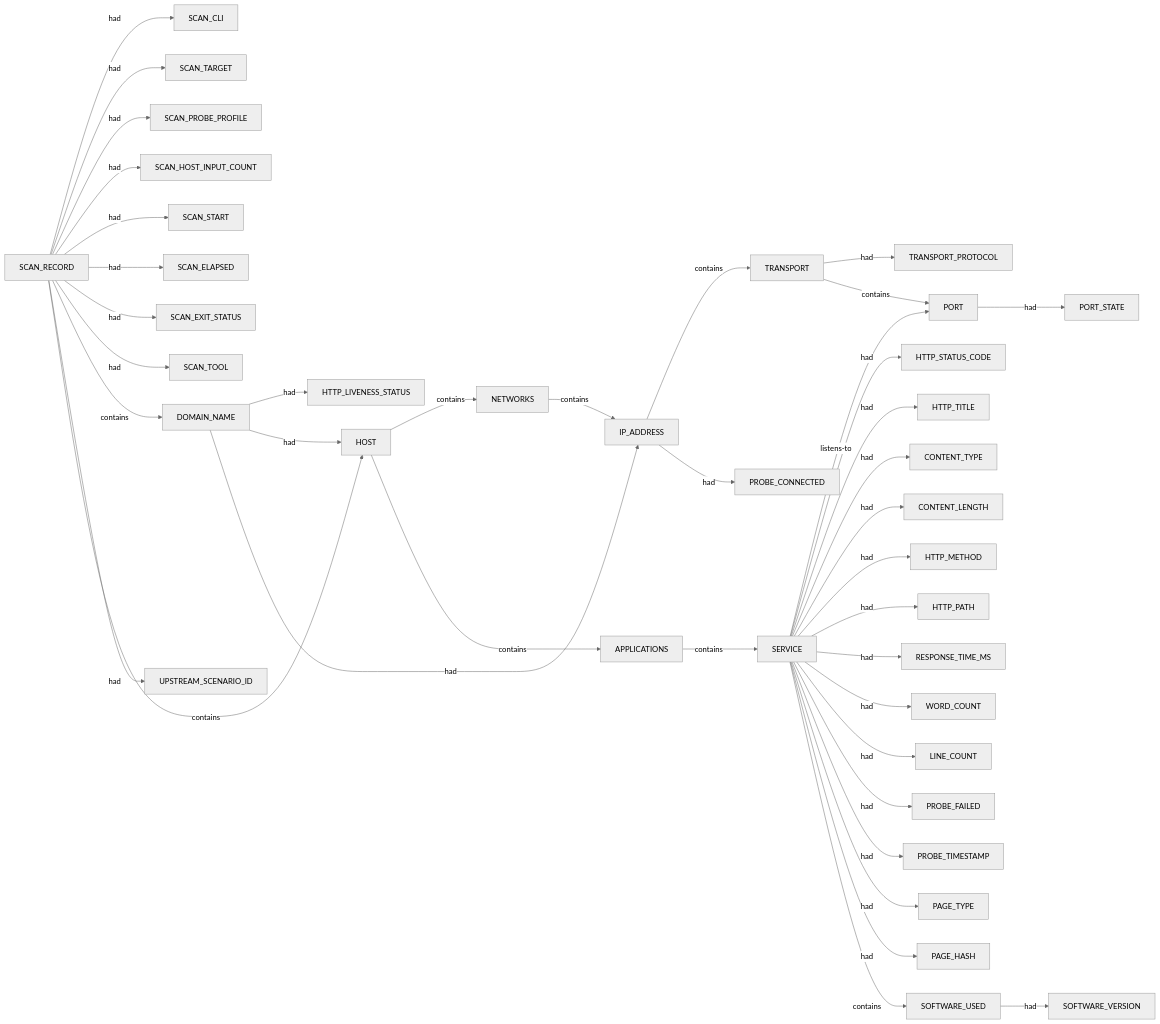
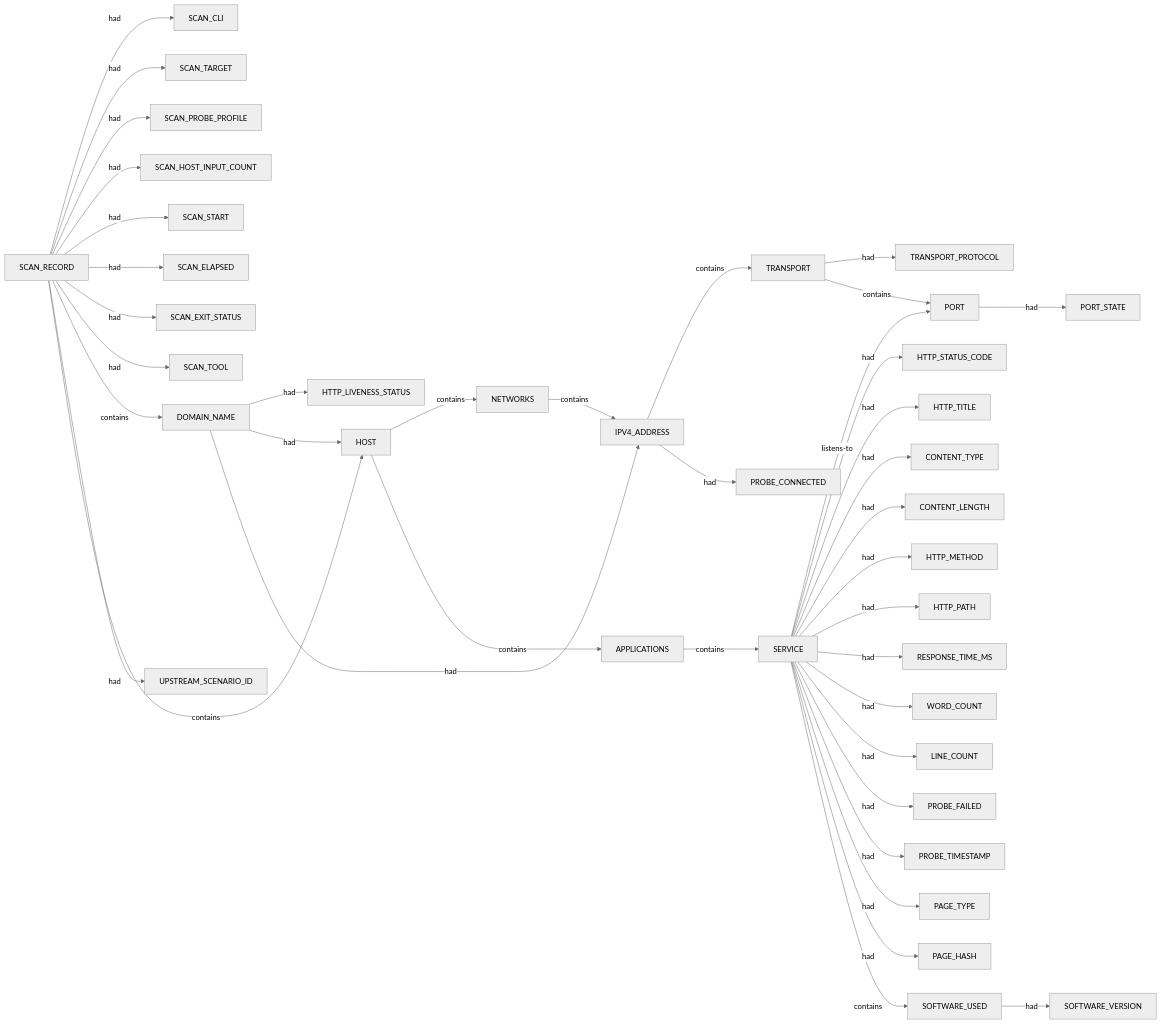
Before and after one commit to brettforbes/spiderfeet: the diagram in .docs/docs-for-cli-tools/nugget_structure/httpx_from_subfinder_vcof_sparse_proposed_nuggets_edges_description.md, drawn with Mermaid (neutral theme). The commit also changed other lines of this file and 170 other files, not shown here.

````diff
--- a/.docs/docs-for-cli-tools/nugget_structure/httpx_from_subfinder_vcof_sparse_proposed_nuggets_edges_description.md
+++ b/.docs/docs-for-cli-tools/nugget_structure/httpx_from_subfinder_vcof_sparse_proposed_nuggets_edges_description.md
@@ -13,42 +13,42 @@
 ```mermaid
 flowchart LR
   SCAN_RECORD -->|had| SCAN_CLI
   SCAN_RECORD -->|had| SCAN_TARGET
   SCAN_RECORD -->|had| SCAN_PROBE_PROFILE
   SCAN_RECORD -->|had| SCAN_HOST_INPUT_COUNT
   SCAN_RECORD -->|had| SCAN_START
   SCAN_RECORD -->|had| SCAN_ELAPSED
   SCAN_RECORD -->|had| SCAN_EXIT_STATUS
   SCAN_RECORD -->|had| SCAN_TOOL
   SCAN_RECORD -->|contains| DOMAIN_NAME
   SCAN_RECORD -->|had| UPSTREAM_SCENARIO_ID
   DOMAIN_NAME -->|had| HTTP_LIVENESS_STATUS
   SCAN_RECORD -->|contains| HOST
   DOMAIN_NAME -->|had| HOST
   HOST -->|contains| NETWORKS
-  NETWORKS -->|contains| IP_ADDRESS
-  IP_ADDRESS -->|contains| TRANSPORT
+  NETWORKS -->|contains| IPV4_ADDRESS
+  IPV4_ADDRESS -->|contains| TRANSPORT
   TRANSPORT -->|had| TRANSPORT_PROTOCOL
   TRANSPORT -->|contains| PORT
   PORT -->|had| PORT_STATE
   HOST -->|contains| APPLICATIONS
   APPLICATIONS -->|contains| SERVICE
   SERVICE -->|listens-to| PORT
   SERVICE -->|had| HTTP_STATUS_CODE
   SERVICE -->|had| HTTP_TITLE
   SERVICE -->|had| CONTENT_TYPE
   SERVICE -->|had| CONTENT_LENGTH
   SERVICE -->|had| HTTP_METHOD
   SERVICE -->|had| HTTP_PATH
   SERVICE -->|had| RESPONSE_TIME_MS
   SERVICE -->|had| WORD_COUNT
   SERVICE -->|had| LINE_COUNT
   SERVICE -->|had| PROBE_FAILED
   SERVICE -->|had| PROBE_TIMESTAMP
   SERVICE -->|had| PAGE_TYPE
   SERVICE -->|had| PAGE_HASH
   SERVICE -->|contains| SOFTWARE_USED
   SOFTWARE_USED -->|had| SOFTWARE_VERSION
-  DOMAIN_NAME -->|had| IP_ADDRESS
-  IP_ADDRESS -->|had| PROBE_CONNECTED
+  DOMAIN_NAME -->|had| IPV4_ADDRESS
+  IPV4_ADDRESS -->|had| PROBE_CONNECTED
 ```
````
